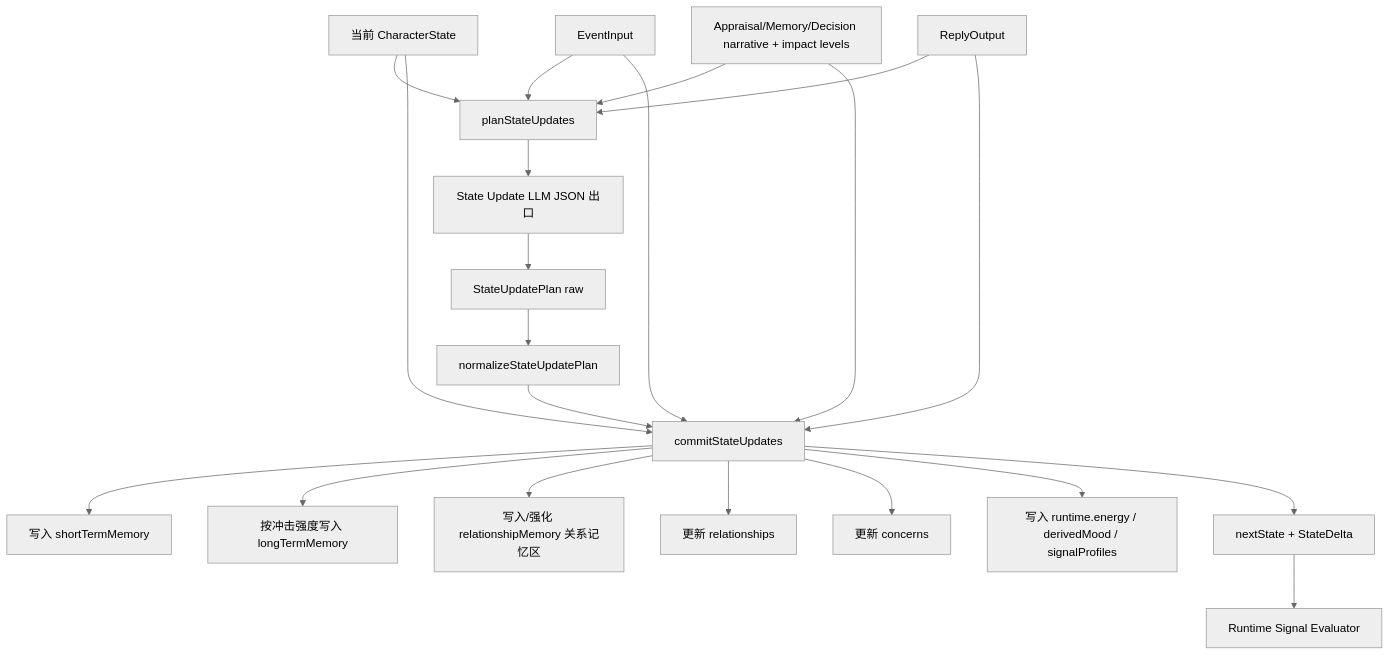
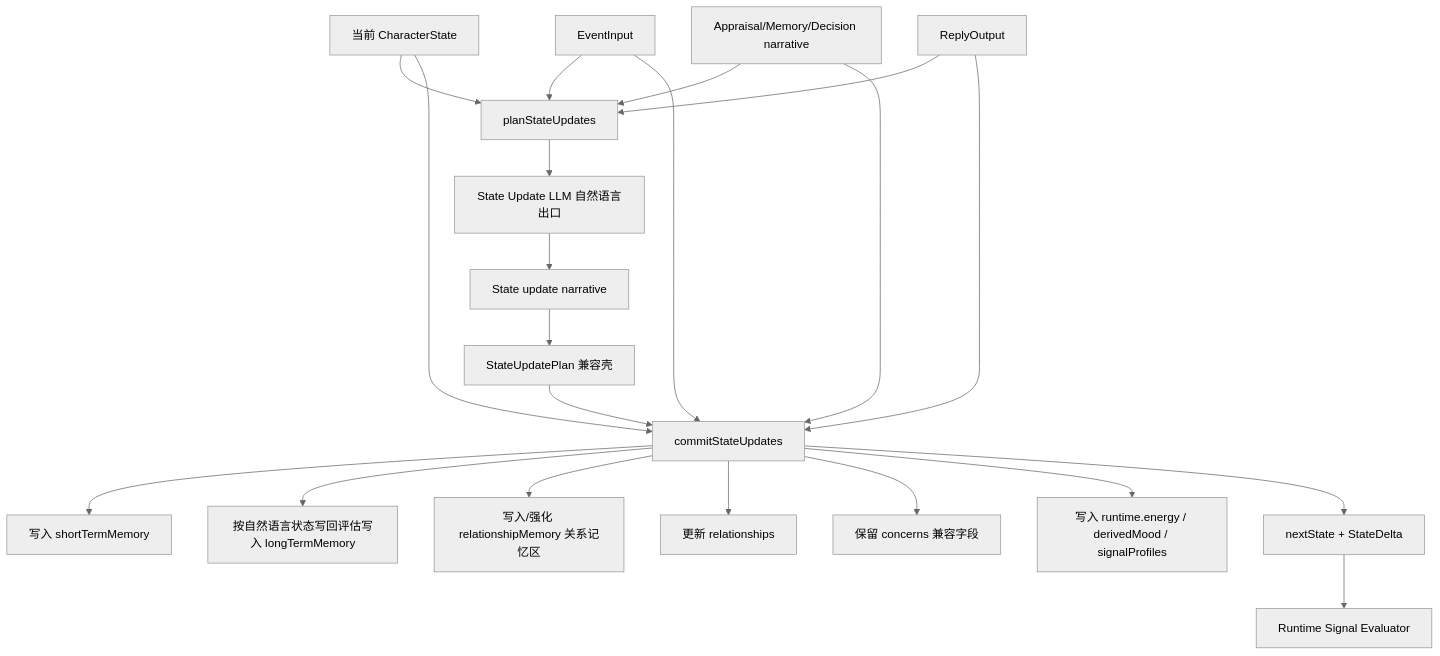
One commit to ttmanthatman/virtual-human-flow changed diagram 21 of 31 in docs/SYSTEM_FLOW.md. Above: the diagram before and after it, drawn with Mermaid (neutral theme). The commit also changed other lines of this file and 23 other files, not shown here.

````diff
--- a/docs/SYSTEM_FLOW.md
+++ b/docs/SYSTEM_FLOW.md
@@ -540,23 +529,23 @@
 ```mermaid
 flowchart TD
     S["当前 CharacterState"] --> PLAN["planStateUpdates"]
     E["EventInput"] --> PLAN
     R["ReplyOutput"] --> PLAN
-    C["Appraisal/Memory/Decision narrative + impact levels"] --> PLAN
-    PLAN --> CLIENT["State Update LLM JSON 出口"]
-    CLIENT --> RAW["StateUpdatePlan raw"]
-    RAW --> NORM["normalizeStateUpdatePlan"]
-    NORM --> COMMIT["commitStateUpdates"]
+    C["Appraisal/Memory/Decision narrative"] --> PLAN
+    PLAN --> CLIENT["State Update LLM 自然语言出口"]
+    CLIENT --> RAW["State update narrative"]
+    RAW --> PLAN2["StateUpdatePlan 兼容壳"]
+    PLAN2 --> COMMIT["commitStateUpdates"]
     C --> COMMIT
     S --> COMMIT
     E --> COMMIT
     R --> COMMIT
     COMMIT --> STM["写入 shortTermMemory"]
-    COMMIT --> LTM["按冲击强度写入 longTermMemory"]
+    COMMIT --> LTM["按自然语言状态写回评估写入 longTermMemory"]
     COMMIT --> RMEM["写入/强化 relationshipMemory 关系记忆区"]
     COMMIT --> REL["更新 relationships"]
-    COMMIT --> CONCERN["更新 concerns"]
+    COMMIT --> CONCERN["保留 concerns 兼容字段"]
     COMMIT --> RUNTIME["写入 runtime.energy / derivedMood / signalProfiles"]
     COMMIT --> NEXT["nextState + StateDelta"]
     NEXT --> SIGNAL["Runtime Signal Evaluator"]
 ```
````
